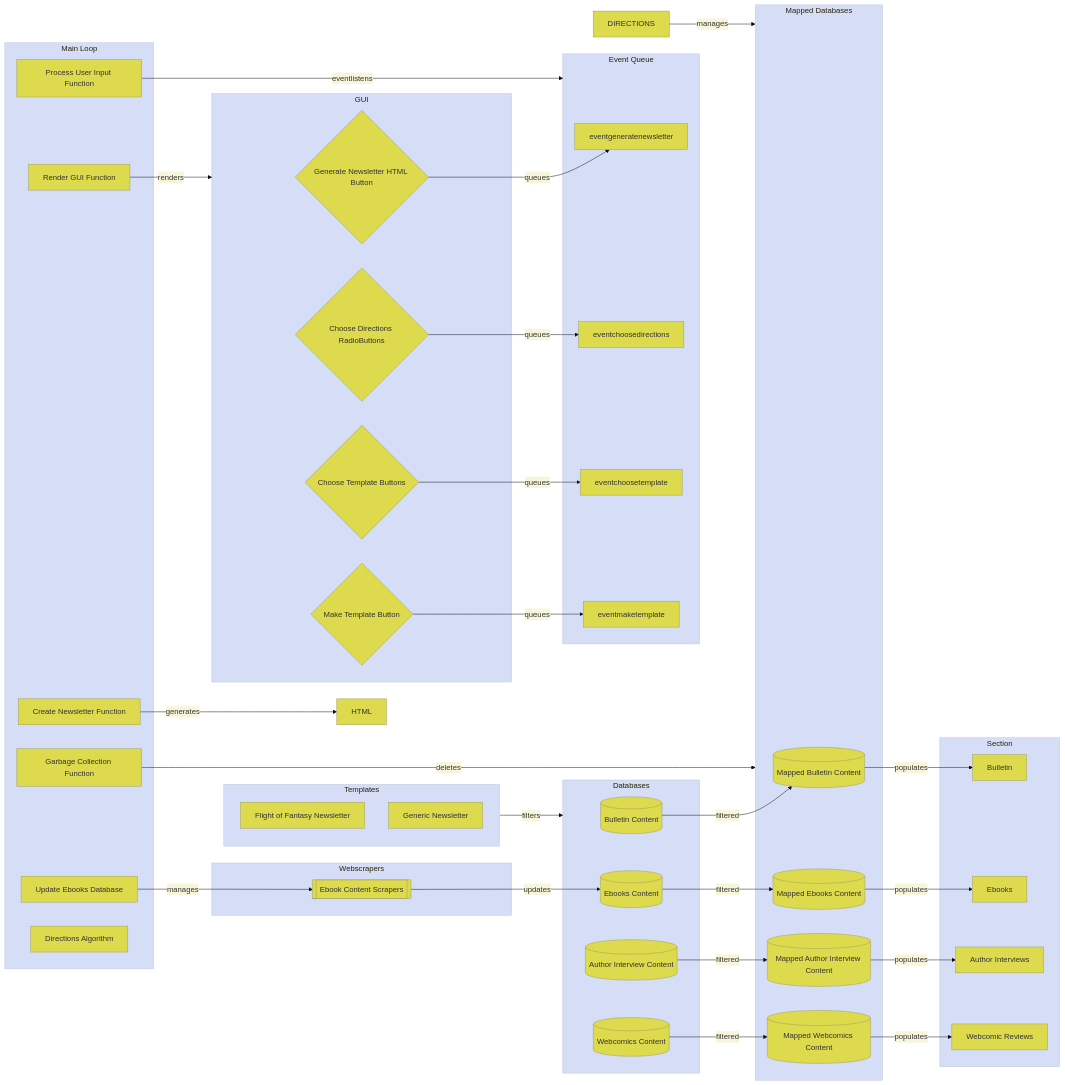
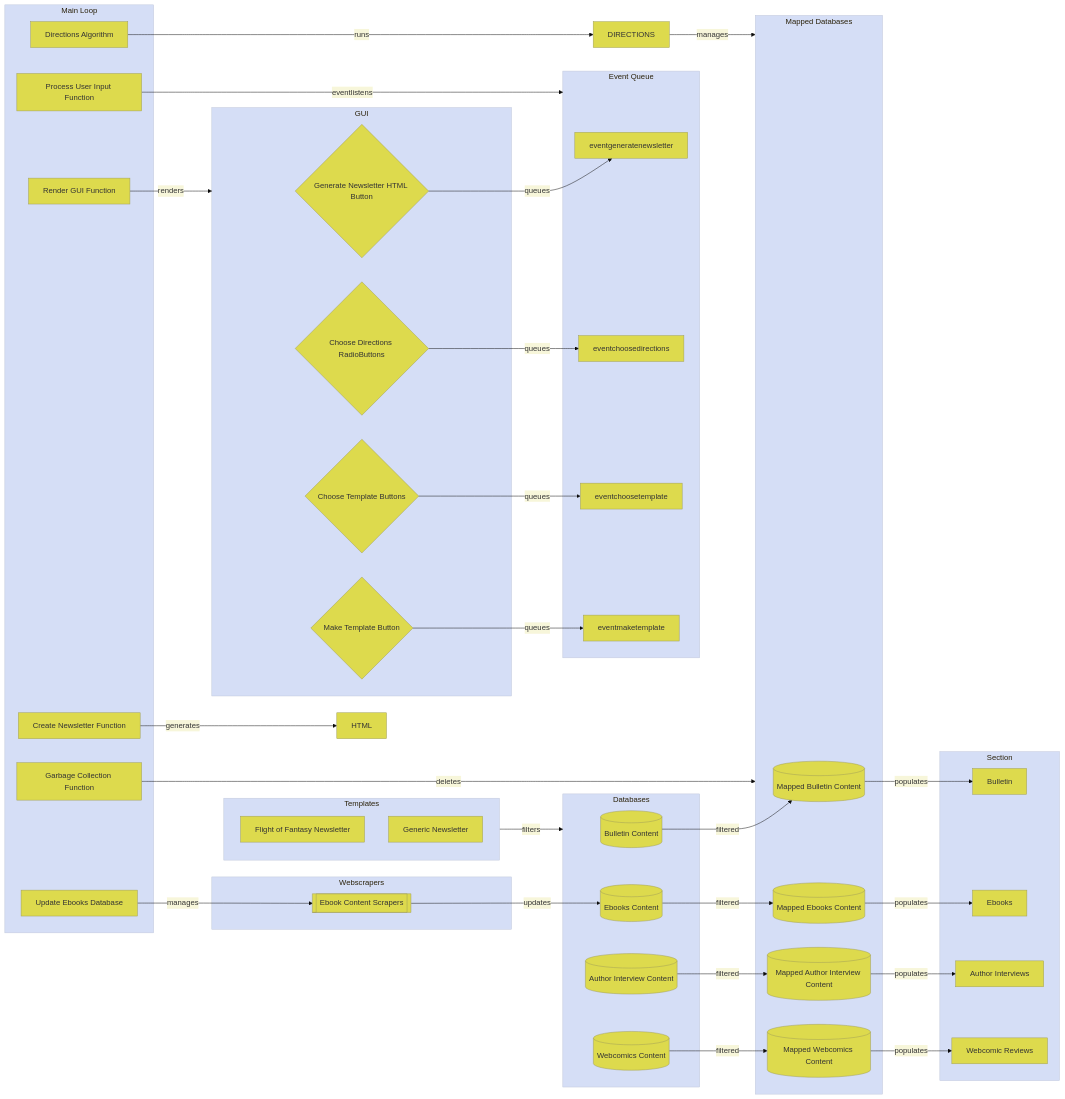
One commit to jhbardwell/Busy-Bee-Newsletters changed the first of 2 diagrams in DESIGNDOC.md. Above: the diagram before and after it, drawn with Mermaid.

````diff
--- a/DESIGNDOC.md
+++ b/DESIGNDOC.md
@@ -30,72 +30,73 @@
 ```mermaid
 %%{init: {'theme': 'base', 'themeVariables': 
 { 'primaryColor': '#DDDA4D', 'edgeLabelBackground':'#F7F6DA', 'tertiaryColor': '#D5DEF6'}}}%%
 flowchart LR
   %%relationships
   buttongeneratenewsletter--queues-->eventgeneratenewsletter
   buttonchoosedirections--queues-->eventchoosedirections
   buttonchoosetemplate--queues-->eventchoosetemplate
   buttonmaketemplate--queues-->eventmaketemplate
   databasebulletins--filtered-->mappedbulletins
   databaseebooks--filtered-->mappedebooks
   databaseauthors--filtered-->mappedauthors
   databasewebcomics--filtered-->mappedwebcomics
   ebookscraper--updates-->databaseebooks
+  fxndirections--runs-->DIRECTIONS
   fxngarbagecollection--deletes-->MAPDATABASES
   fxngenerate--generates-->HTML
   fxnprocessinput--eventlistens-->EVENTS
   fxnrender--renders-->GUI
   fxnupdate--manages-->ebookscraper
   mappedbulletins--populates-->sectionbulletins
   mappedebooks--populates-->sectionebooks
   mappedauthors--populates-->sectionauthors
   mappedwebcomics--populates-->sectionwebcomics
   DIRECTIONS--manages-->MAPDATABASES
   TEMPLATES--filters-->DATABASES
    %% structure
    subgraph MAIN [Main Loop]
       fxndirections[Directions Algorithm]
       fxnprocessinput[Process User Input Function]
       fxnrender[Render GUI Function]
       fxngenerate[Create Newsletter Function]
       fxngarbagecollection[Garbage Collection Function]
       fxnupdate[Update Ebooks Database]
       end
    subgraph EVENTS [Event Queue]
       eventchoosedirections
       eventchoosetemplate
       eventgeneratenewsletter
       eventmaketemplate
       end
    subgraph GUI [GUI]
       buttonchoosetemplate{Choose Template Buttons}
       buttonchoosedirections{Choose Directions RadioButtons}
       buttongeneratenewsletter{Generate Newsletter HTML Button}
       buttonmaketemplate{Make Template Button}
       end 
    subgraph DATABASES [Databases]
      databasebulletins[(Bulletin Content)]
      databaseebooks[(Ebooks Content)]
      databaseauthors[(Author Interview Content)]
      databasewebcomics[(Webcomics Content)]
      end
    subgraph MAPDATABASES [Mapped Databases]
      mappedbulletins[(Mapped Bulletin Content)]
      mappedebooks[(Mapped Ebooks Content)]
      mappedauthors[(Mapped Author Interview Content)]
      mappedwebcomics[(Mapped Webcomics Content)]
      end
    subgraph WEBSCRAPERS [Webscrapers]
      ebookscraper[[Ebook Content Scrapers]] 
      end
    subgraph TEMPLATES [Templates]
       fofnewsletter[Flight of Fantasy Newsletter]
       genericnewsletter[Generic Newsletter]
       end
    subgraph SECTION [Section]
       sectionbulletins[Bulletin]
       sectionebooks[Ebooks]
       sectionauthors[Author Interviews]
       sectionwebcomics[Webcomic Reviews]
       end
 ```
````
